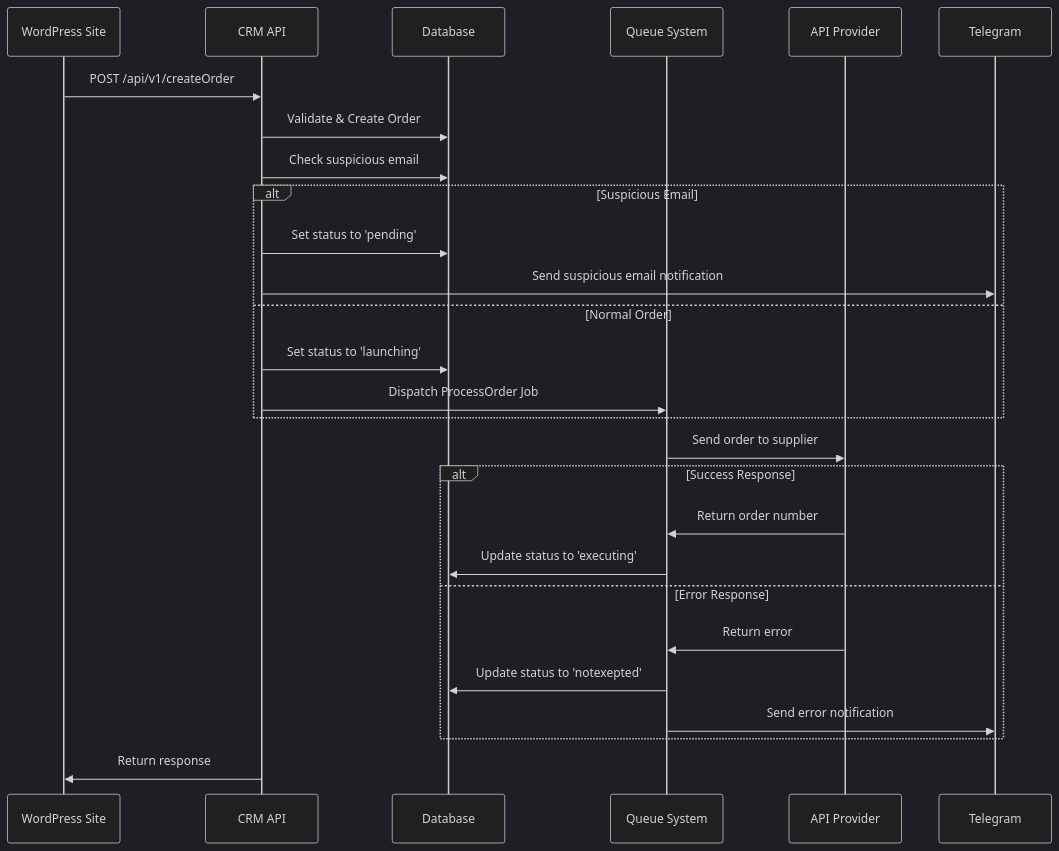
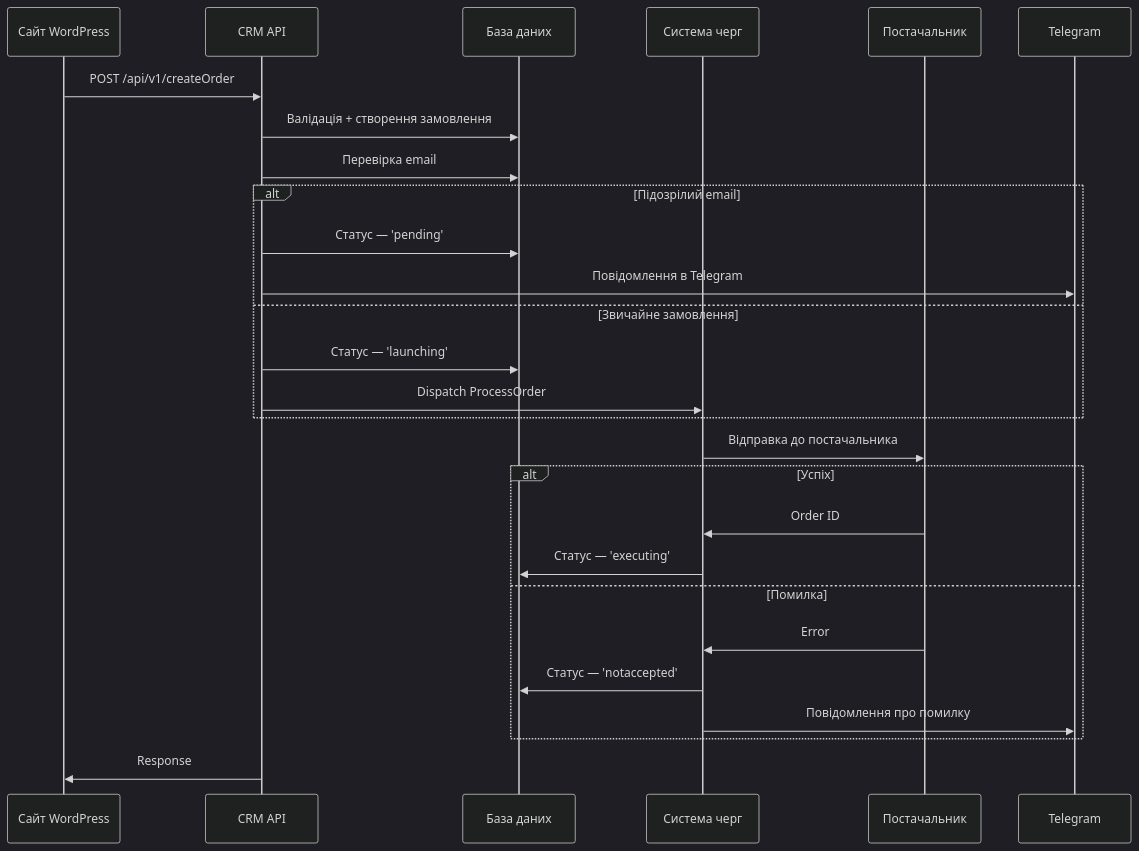
Before and after one commit to Nessq/smmlove: the fifth of 9 diagrams in README.md, drawn with Mermaid (dark theme). The commit also changed other lines of this file, not shown here.

````diff
--- a/README.md
+++ b/README.md
@@ -388,34 +388,34 @@
 ```mermaid
 sequenceDiagram
-    participant WP as WordPress Site
+    participant WP as Сайт WordPress
     participant API as CRM API
-    participant DB as Database
-    participant Queue as Queue System
-    participant Provider as API Provider
+    participant DB as База даних
+    participant Queue as Система черг
+    participant Provider as Постачальник
     participant TG as Telegram
-    
+
     WP->>API: POST /api/v1/createOrder
-    API->>DB: Validate & Create Order
-    API->>DB: Check suspicious email
-    
-    alt Suspicious Email
-        API->>DB: Set status to 'pending'
-        API->>TG: Send suspicious email notification
-    else Normal Order
-        API->>DB: Set status to 'launching'
-        API->>Queue: Dispatch ProcessOrder Job
+    API->>DB: Валідація + створення замовлення
+    API->>DB: Перевірка email
+
+    alt Підозрілий email
+        API->>DB: Статус — 'pending'
+        API->>TG: Повідомлення в Telegram
+    else Звичайне замовлення
+        API->>DB: Статус — 'launching'
+        API->>Queue: Dispatch ProcessOrder
     end
-    
-    Queue->>Provider: Send order to supplier
-    
-    alt Success Response
-        Provider->>Queue: Return order number
-        Queue->>DB: Update status to 'executing'
-    else Error Response
-        Provider->>Queue: Return error
-        Queue->>DB: Update status to 'notexepted'
-        Queue->>TG: Send error notification
+
+    Queue->>Provider: Відправка до постачальника
+
+    alt Успіх
+        Provider->>Queue: Order ID
+        Queue->>DB: Статус — 'executing'
+    else Помилка
+        Provider->>Queue: Error
+        Queue->>DB: Статус — 'notaccepted'
+        Queue->>TG: Повідомлення про помилку
     end
-    
-    API->>WP: Return response
+
+    API->>WP: Response
 ```
````
